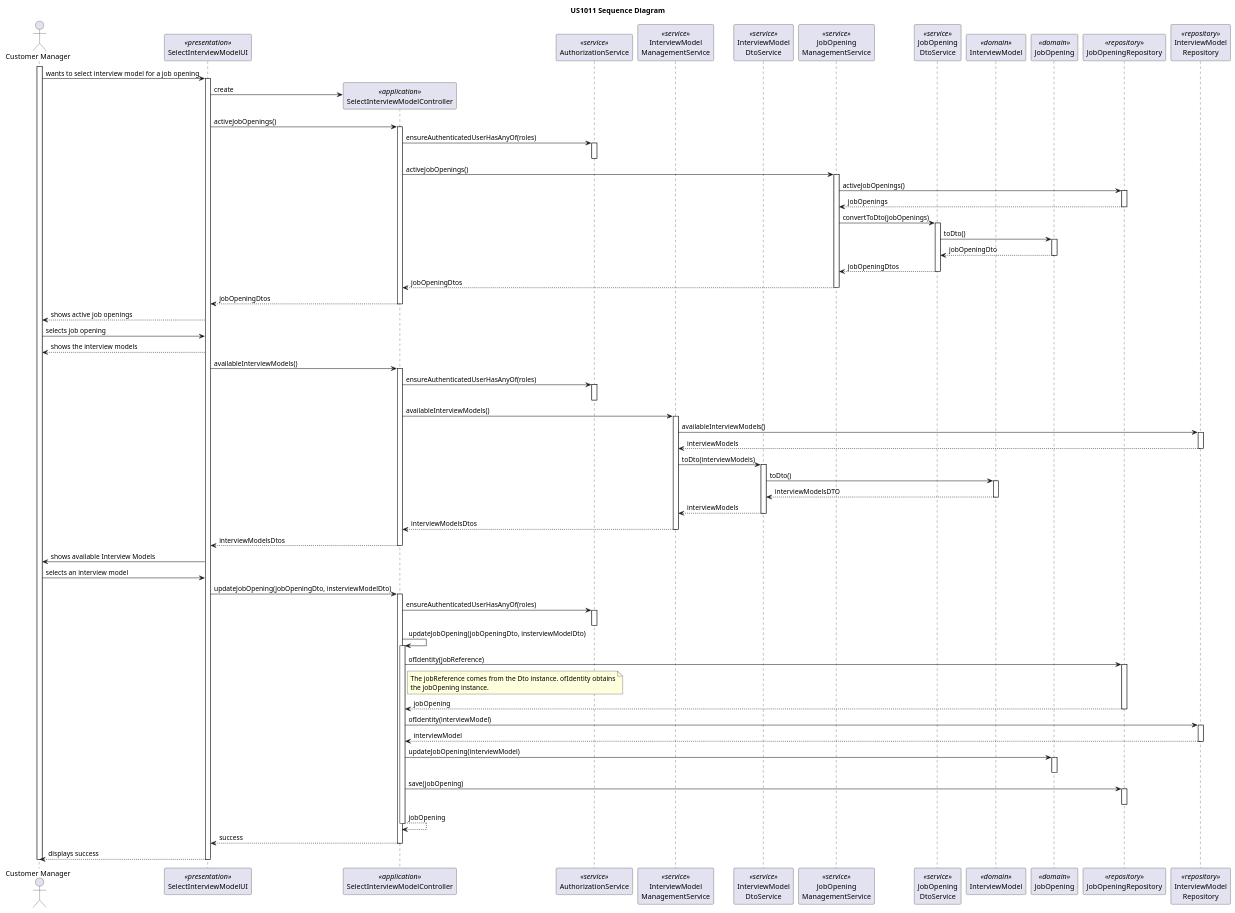
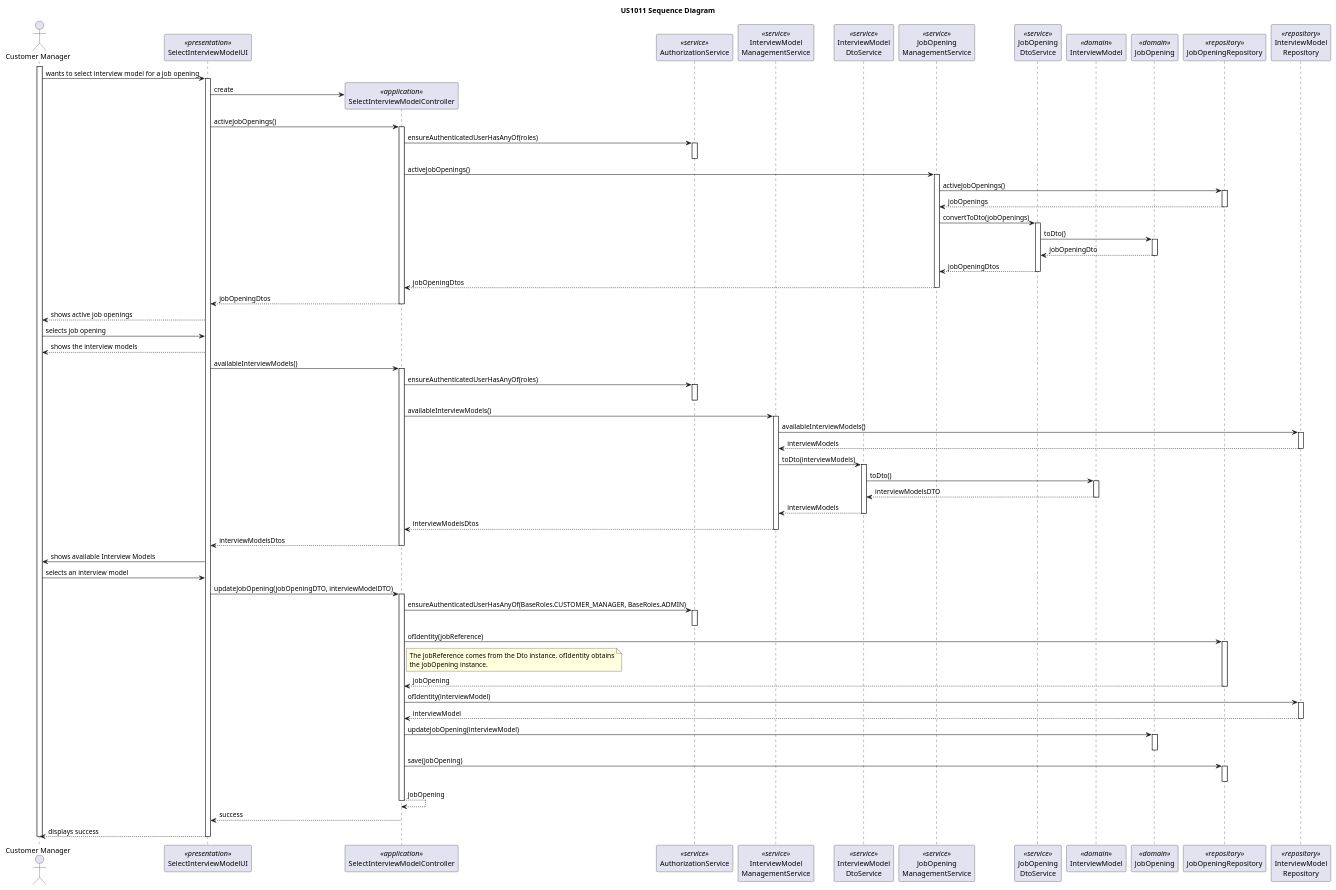
Before and after one commit to rita-barbosa/LAPR4-2324: the diagram in docs/sb_us_1011/US1011_SD/sd-us-1011.puml, drawn with PlantUML. The commit also changed 2 other files, not shown here.

```diff
--- a/docs/sb_us_1011/US1011_SD/sd-us-1011.puml
+++ b/docs/sb_us_1011/US1011_SD/sd-us-1011.puml
@@ -1,156 +1,155 @@
 @startuml
 
 title US1011 Sequence Diagram
 
 actor "Customer Manager" as USER
 
 participant "SelectInterviewModelUI" as UI <<presentation>>
 participant "SelectInterviewModelController" as CTRL <<application>>
 participant "AuthorizationService" as AUTH <<service>>
 participant "InterviewModel\nManagementService" as IMMS <<service>>
 participant "InterviewModel\nDtoService" as IMDTOService <<service>>
 participant "JobOpening\nManagementService" as JOMS <<service>>
 participant "JobOpening\nDtoService" as JOMS_DTO <<service>>
 participant "InterviewModel" as IM <<domain>>
 participant "JobOpening" as JO <<domain>>
 participant "JobOpeningRepository" as JOREPO <<repository>>
 participant "InterviewModel\nRepository" as IMREPO <<repository>>
 
 
 activate USER
 
 USER -> UI: wants to select interview model for a job opening
 activate UI
 
 UI -> CTRL**: create
 
 UI -> CTRL: activeJobOpenings()
 activate CTRL
 
 
 CTRL -> AUTH:  ensureAuthenticatedUserHasAnyOf(roles)
 activate AUTH
 deactivate AUTH
 
 CTRL ->JOMS: activeJobOpenings()
 activate JOMS
 
 JOMS -> JOREPO: activeJobOpenings()
 activate JOREPO
 
 JOREPO --> JOMS: jobOpenings
 deactivate JOREPO
 
 JOMS -> JOMS_DTO: convertToDto(jobOpenings)
 activate JOMS_DTO
 
 
 JOMS_DTO -> JO: toDto()
 activate JO
 
 JO --> JOMS_DTO: jobOpeningDto
 deactivate JO
 
 
 JOMS_DTO --> JOMS: jobOpeningDtos
 deactivate JOMS_DTO
 
 JOMS --> CTRL: jobOpeningDtos
 deactivate JOMS
 
 CTRL --> UI: jobOpeningDtos
 deactivate CTRL
 
 UI --> USER: shows active job openings
 
 USER -> UI: selects job opening
 
 UI --> USER: shows the interview models
 
 UI -> CTRL: availableInterviewModels()
 activate CTRL
 
 CTRL -> AUTH:  ensureAuthenticatedUserHasAnyOf(roles)
 activate AUTH
 deactivate AUTH
 
 CTRL ->IMMS: availableInterviewModels()
 activate IMMS
 
 IMMS -> IMREPO: availableInterviewModels()
 activate IMREPO
 
 IMREPO --> IMMS: interviewModels
 deactivate IMREPO
 
 IMMS -> IMDTOService: toDto(interviewModels)
 activate IMDTOService
 
 
 IMDTOService -> IM: toDto()
 activate IM
 
 IM --> IMDTOService: interviewModelsDTO
 deactivate IM
 
 IMDTOService --> IMMS: interviewModels
 deactivate IMDTOService
 
 IMMS --> CTRL: interviewModelsDtos
 deactivate IMMS
 
 CTRL --> UI: interviewModelsDtos
 deactivate CTRL
 
 UI -> USER: shows available Interview Models
 USER -> UI: selects an interview model
 
-UI -> CTRL: updateJobOpening(jobOpeningDto, insterviewModelDto)
+UI -> CTRL: updateJobOpening(jobOpeningDTO, interviewModelDTO)
 activate CTRL
 
 
-CTRL -> AUTH:  ensureAuthenticatedUserHasAnyOf(roles)
+CTRL -> AUTH:  ensureAuthenticatedUserHasAnyOf(BaseRoles.CUSTOMER_MANAGER, BaseRoles.ADMIN)
 activate AUTH
 deactivate AUTH
 
-CTRL -> CTRL: updateJobOpening(jobOpeningDto, insterviewModelDto)
-activate CTRL
+
 
 CTRL -> JOREPO: ofIdentity(jobReference)
 activate JOREPO
 
 note right CTRL
 The jobReference comes from the Dto instance. ofIdentity obtains
 the jobOpening instance.
 end note
 
 JOREPO --> CTRL: jobOpening
 deactivate JOREPO
 
 CTRL -> IMREPO: ofIdentity(interviewModel)
 activate IMREPO
 
 
 
 IMREPO --> CTRL: interviewModel
 deactivate IMREPO
 
 CTRL -> JO: updateJobOpening(interviewModel)
 activate JO
 deactivate JO
 
 CTRL -> JOREPO: save(jobOpening)
 activate JOREPO
 deactivate JOREPO
 
 CTRL --> CTRL: jobOpening
 deactivate CTRL
 
 CTRL --> UI: success
 deactivate CTRL
 
 UI --> USER: displays success
 deactivate UI
 deactivate USER
 
 @enduml
```
